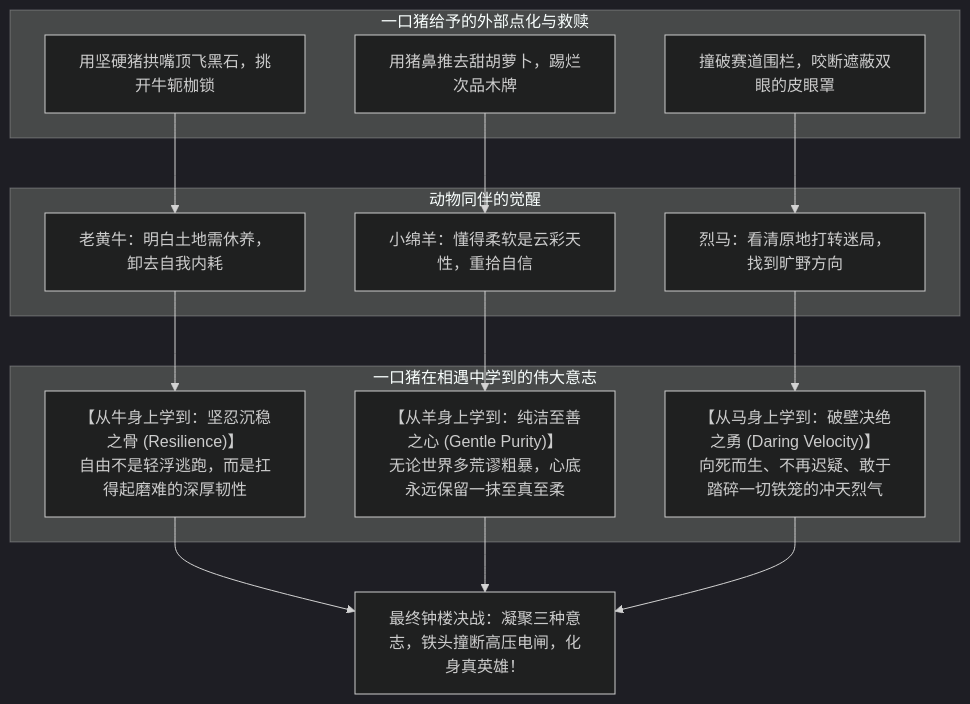
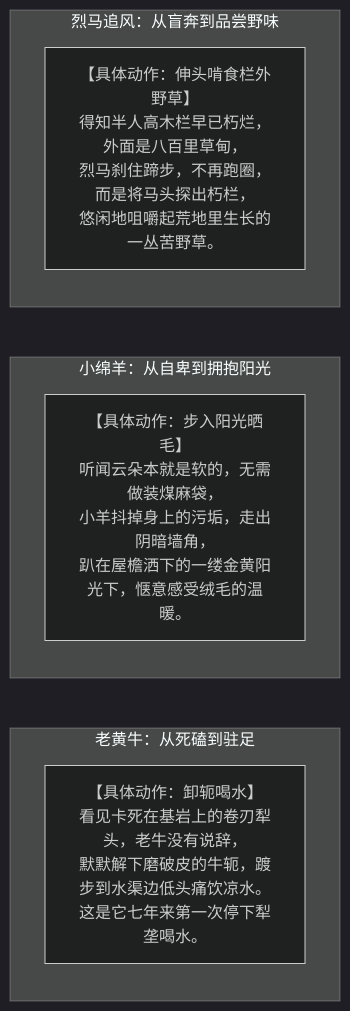
Before and after one commit to chenzhaoxuan0/piggame: the diagram in docs/PIG_STORY_LINE_FULL.md, drawn with Mermaid (dark theme). The commit also changed other lines of this file and 3 other files, not shown here.

````diff
--- a/docs/PIG_STORY_LINE_FULL.md
+++ b/docs/PIG_STORY_LINE_FULL.md
@@ -17,25 +38,14 @@
 ```mermaid
-flowchart TD
-    subgraph PigGives["一口猪给予的外部点化与救赎"]
-        G1["用坚硬猪拱嘴顶飞黑石，挑开牛轭枷锁"]
-        G2["用猪鼻推去甜胡萝卜，踢烂次品木牌"]
-        G3["撞破赛道围栏，咬断遮蔽双眼的皮眼罩"]
+flowchart LR
+    subgraph Cow["老黄牛：从死磕到驻足"]
+        C_Action["【具体动作：卸轭喝水】<br/>看见卡死在基岩上的卷刃犁头，老牛没有说辞，<br/>默默解下磨破皮的牛轭，踱步到水渠边低头痛饮凉水。<br/>这是它七年来第一次停下犁垄喝水。"]
     end
 
-    subgraph AnimalsLearn["动物同伴的觉醒"]
-        L1["老黄牛：明白土地需休养，卸去自我内耗"]
-        L2["小绵羊：懂得柔软是云彩天性，重拾自信"]
-        L3["烈马：看清原地打转迷局，找到旷野方向"]
+    subgraph Sheep["小绵羊：从自卑到拥抱阳光"]
+        S_Action["【具体动作：步入阳光晒毛】<br/>听闻云朵本就是软的，无需做装煤麻袋，<br/>小羊抖掉身上的污垢，走出阴暗墙角，<br/>趴在屋檐洒下的一缕金黄阳光下，惬意感受绒毛的温暖。"]
     end
 
-    subgraph PigReceives["一口猪在相遇中学到的伟大意志"]
-        W1["【从牛身上学到：坚忍沉稳之骨 (Resilience)】<br/>自由不是轻浮逃跑，而是扛得起磨难的深厚韧性"]
-        W2["【从羊身上学到：纯洁至善之心 (Gentle Purity)】<br/>无论世界多荒谬粗暴，心底永远保留一抹至真至柔"]
-        W3["【从马身上学到：破壁决绝之勇 (Daring Velocity)】<br/>向死而生、不再迟疑、敢于踏碎一切铁笼的冲天烈气"]
+    subgraph Horse["烈马追风：从盲奔到品尝野味"]
+        H_Action["【具体动作：伸头啃食栏外野草】<br/>得知半人高木栏早已朽烂，外面是八百里草甸，<br/>烈马刹住蹄步，不再跑圈，而是将马头探出朽栏，<br/>悠闲地咀嚼起荒地里生长的一丛苦野草。"]
     end
-
-    G1 --> L1 --> W1
-    G2 --> L2 --> W2
-    G3 --> L3 --> W3
-    W1 & W2 & W3 --> Ordeal["最终钟楼决战：凝聚三种意志，铁头撞断高压电闸，化身真英雄！"]
 ```
````
